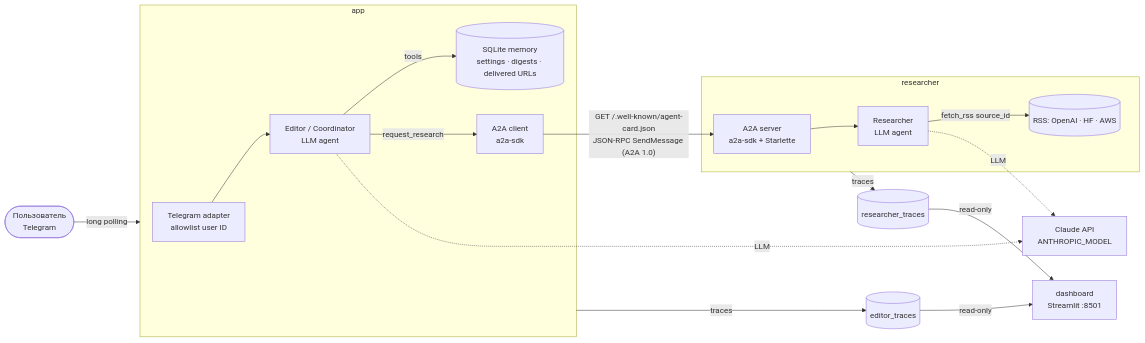
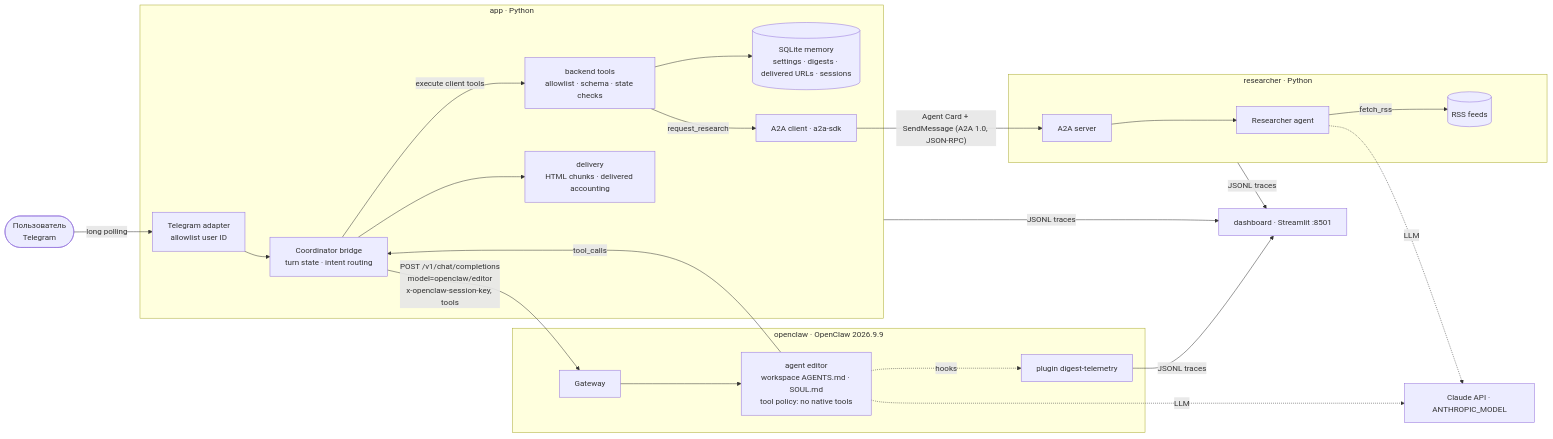
One commit to PLeS207/AI-News-Digest changed the diagram in README.md. Above: the diagram before and after it, drawn with Mermaid. The commit also changed other lines of this file and 51 other files, not shown here.

````diff
--- a/README.md
+++ b/README.md
@@ -21,18 +22,23 @@
 ```mermaid
 flowchart LR
-    U([Пользователь<br/>Telegram]) -- long polling --> APP
-    subgraph APP[app]
-        TG[Telegram adapter<br/>allowlist user ID] --> ED[Editor / Coordinator<br/>LLM agent]
-        ED -- tools --> MEM[(SQLite memory<br/>settings · digests · delivered URLs)]
-        ED -- request_research --> A2AC[A2A client<br/>a2a-sdk]
+    U([Пользователь<br/>Telegram]) -- long polling --> TG
+    subgraph APP[app · Python]
+        TG[Telegram adapter<br/>allowlist user ID] --> BR[Coordinator bridge<br/>turn state · intent routing]
+        BR -- execute client tools --> TOOLS[backend tools<br/>allowlist · schema · state checks]
+        TOOLS --> MEM[(SQLite memory<br/>settings · digests · delivered URLs · sessions)]
+        TOOLS -- request_research --> A2AC[A2A client · a2a-sdk]
+        BR --> DEL[delivery<br/>HTML chunks · delivered accounting]
     end
-    A2AC -- "GET /.well-known/agent-card.json<br/>JSON-RPC SendMessage (A2A 1.0)" --> A2AS
-    subgraph RES[researcher]
-        A2AS[A2A server<br/>a2a-sdk + Starlette] --> RA[Researcher<br/>LLM agent]
-        RA -- fetch_rss source_id --> RSS[(RSS: OpenAI · HF · AWS)]
+    BR -- "POST /v1/chat/completions<br/>model=openclaw/editor<br/>x-openclaw-session-key, tools" --> GW
+    subgraph OC[openclaw · OpenClaw 2026.9.9]
+        GW[Gateway] --> ED[agent editor<br/>workspace AGENTS.md · SOUL.md<br/>tool policy: no native tools]
+        ED -. hooks .-> PL[plugin digest-telemetry]
     end
-    ED & RA -. LLM .-> CL[Claude API<br/>ANTHROPIC_MODEL]
-    APP -- traces --> T1[(editor_traces)]
-    RES -- traces --> T2[(researcher_traces)]
-    T1 & T2 -- read-only --> DB[dashboard<br/>Streamlit :8501]
+    ED -- tool_calls --> BR
+    A2AC -- "Agent Card + SendMessage (A2A 1.0, JSON-RPC)" --> A2AS
+    subgraph RES[researcher · Python]
+        A2AS[A2A server] --> RA[Researcher agent] -- fetch_rss --> RSS[(RSS feeds)]
+    end
+    ED & RA -. LLM .-> CL[Claude API · ANTHROPIC_MODEL]
+    APP & RES & PL -- JSONL traces --> DB[dashboard · Streamlit :8501]
 ```
````
